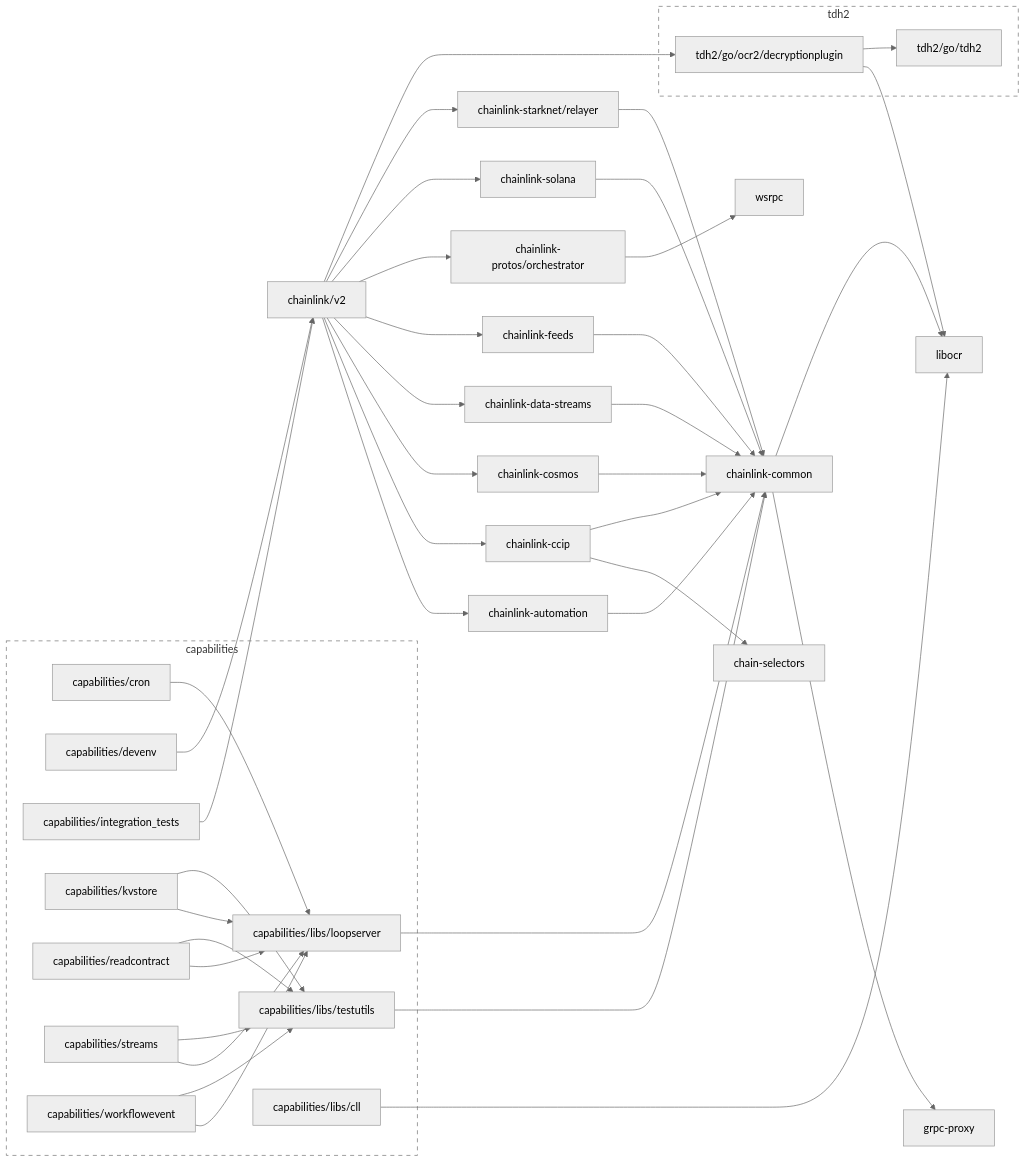
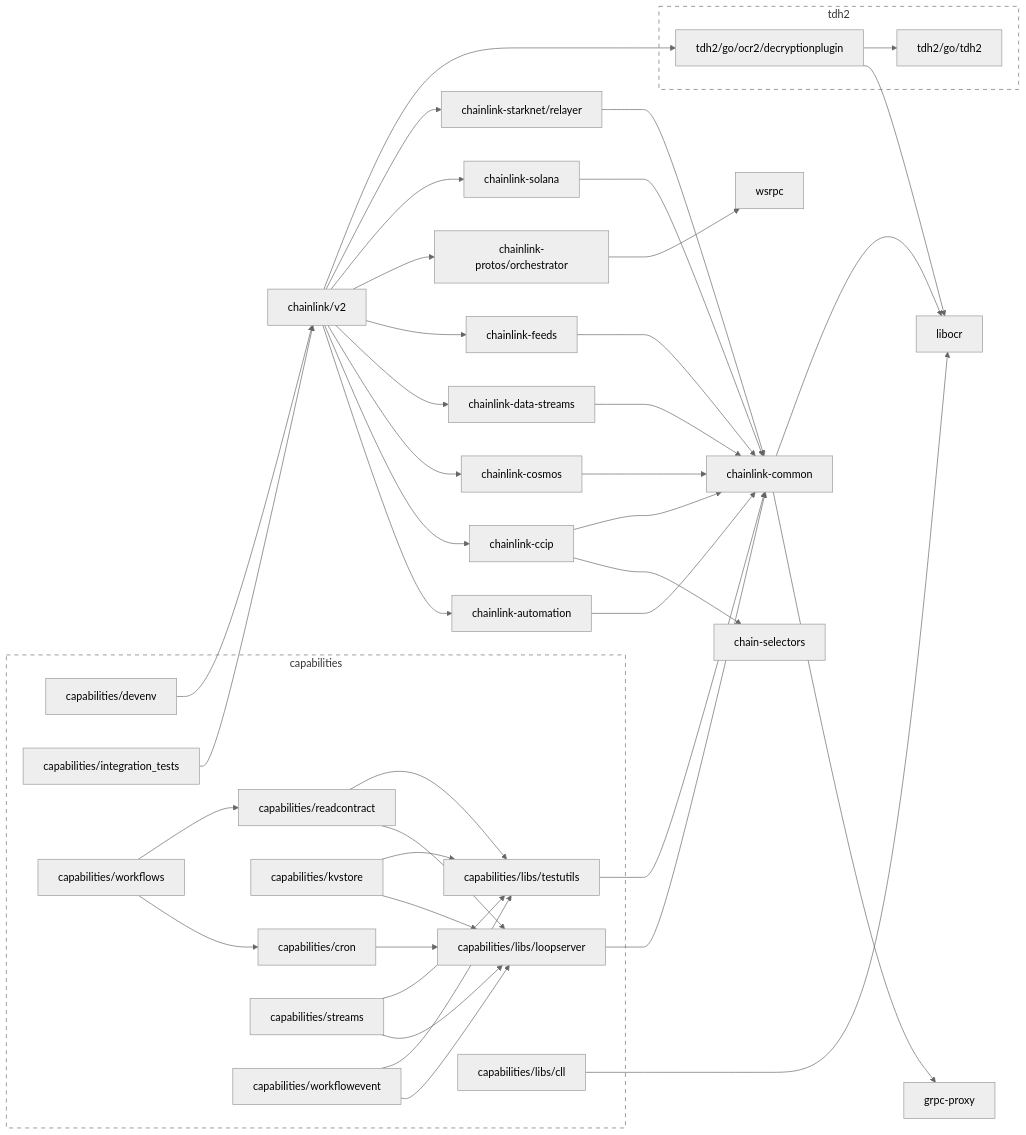
Before and after one commit to smartcontractkit/capabilities: the diagram in go.md, drawn with Mermaid (neutral theme). The commit also changed 5 other files, not shown here.

```diff
--- a/go.md
+++ b/go.md
@@ -26,6 +26,9 @@
 	capabilities/workflowevent --> capabilities/libs/loopserver
 	capabilities/workflowevent --> capabilities/libs/testutils
 	click capabilities/workflowevent href "https://github.com/smartcontractkit/capabilities"
+	capabilities/workflows --> capabilities/cron
+	capabilities/workflows --> capabilities/readcontract
+	click capabilities/workflows href "https://github.com/smartcontractkit/capabilities"
 	chain-selectors
 	click chain-selectors href "https://github.com/smartcontractkit/chain-selectors"
 	chainlink-automation --> chainlink-common
@@ -81,6 +84,7 @@
 		 capabilities/readcontract
 		 capabilities/streams
 		 capabilities/workflowevent
+		 capabilities/workflows
 	end
 	click capabilities-repo href "https://github.com/smartcontractkit/capabilities"
 
```
